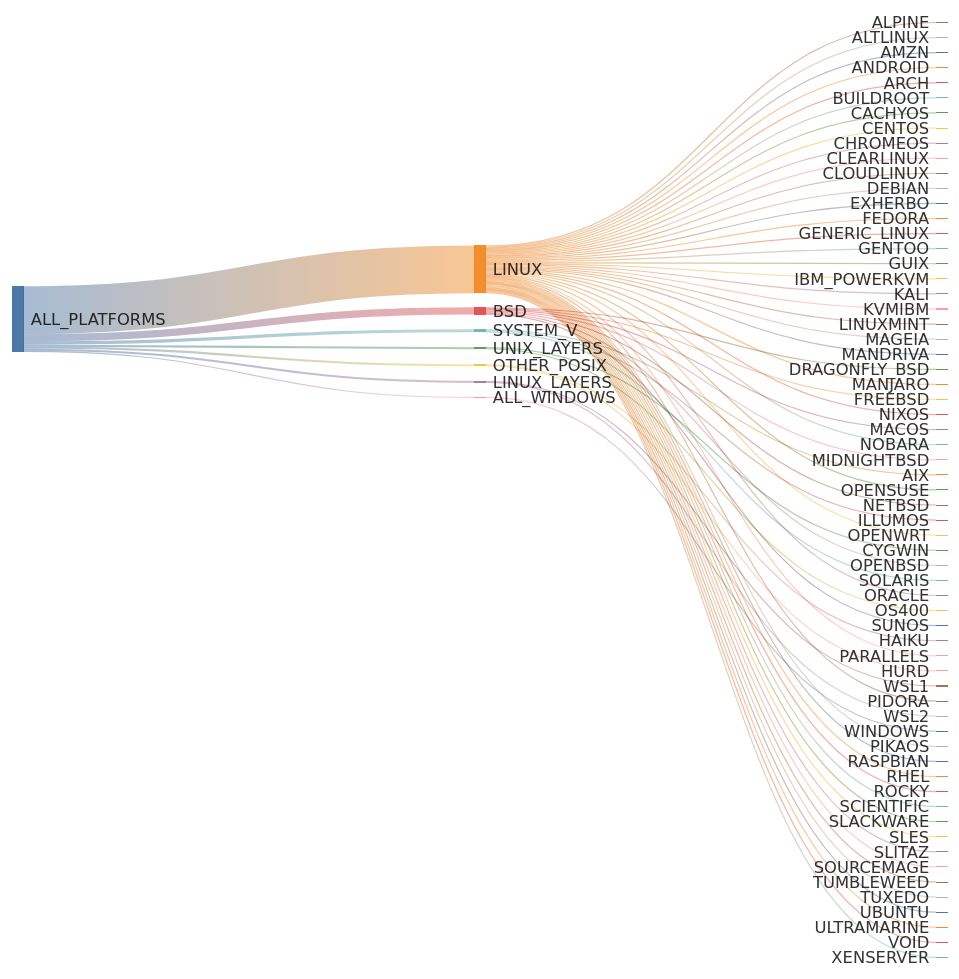
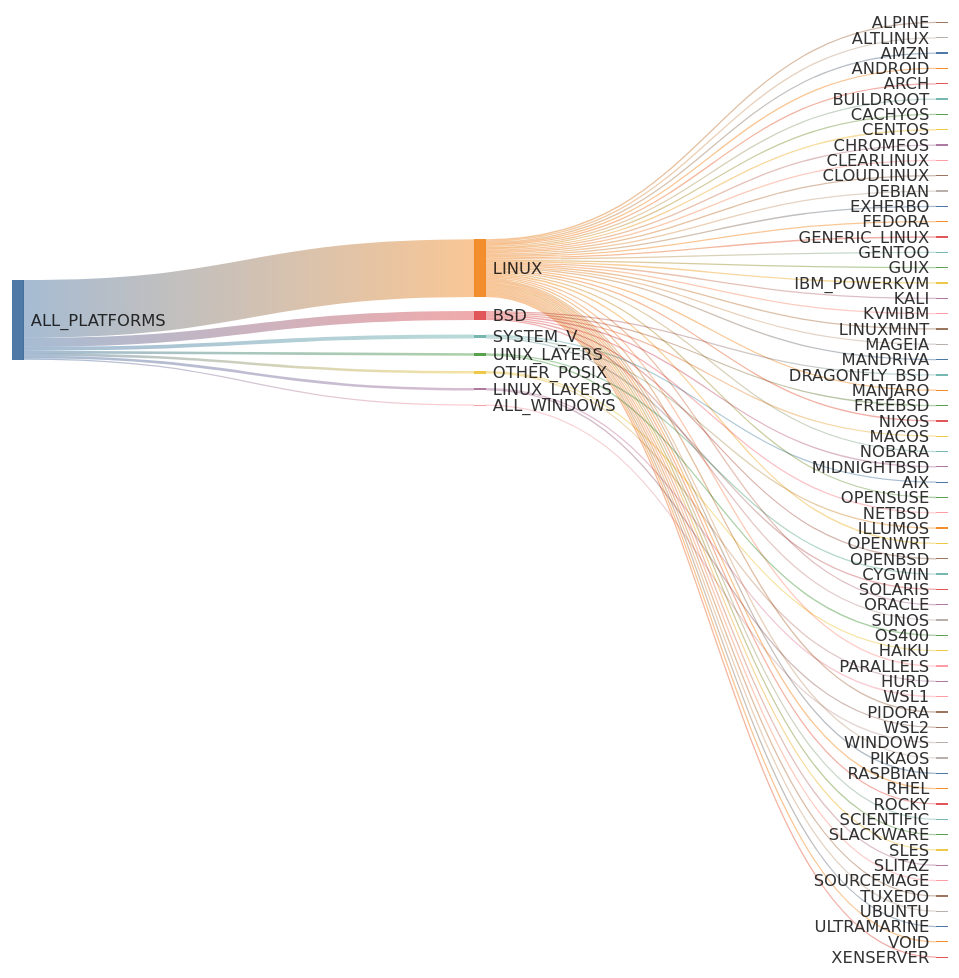
One commit to kdeldycke/extra-platforms changed the first of 2 diagrams in docs/platforms.md. Above: the diagram before and after it, drawn with Mermaid. The commit also changed other lines of this file and 17 other files, not shown here.

First line of the commit message:
Detect all openSUSE channels as `OPENSUSE`, remove `TUMBLEWEED`

````diff
--- a/docs/platforms.md
+++ b/docs/platforms.md
@@ -164,77 +165,76 @@
 ```mermaid
 ---
 config: {"sankey": {"showValues": false, "width": 800, "height": 800}}
 ---
 sankey-beta
 
-ALL_PLATFORMS,LINUX,46
+ALL_PLATFORMS,LINUX,45
 ALL_PLATFORMS,BSD,7
 ALL_PLATFORMS,SYSTEM_V,3
 ALL_PLATFORMS,UNIX_LAYERS,2
 ALL_PLATFORMS,OTHER_POSIX,2
 ALL_PLATFORMS,LINUX_LAYERS,2
 ALL_PLATFORMS,ALL_WINDOWS,1
 LINUX,ALPINE,1
 LINUX,ALTLINUX,1
 LINUX,AMZN,1
 LINUX,ANDROID,1
 LINUX,ARCH,1
 LINUX,BUILDROOT,1
 LINUX,CACHYOS,1
 LINUX,CENTOS,1
 LINUX,CHROMEOS,1
 LINUX,CLEARLINUX,1
 LINUX,CLOUDLINUX,1
 LINUX,DEBIAN,1
 LINUX,EXHERBO,1
 LINUX,FEDORA,1
 LINUX,GENERIC_LINUX,1
 LINUX,GENTOO,1
 LINUX,GUIX,1
 LINUX,IBM_POWERKVM,1
 LINUX,KALI,1
 LINUX,KVMIBM,1
 LINUX,LINUXMINT,1
 LINUX,MAGEIA,1
 LINUX,MANDRIVA,1
 LINUX,MANJARO,1
 LINUX,NIXOS,1
 LINUX,NOBARA,1
 LINUX,OPENSUSE,1
 LINUX,OPENWRT,1
 LINUX,ORACLE,1
 LINUX,PARALLELS,1
 LINUX,PIDORA,1
 LINUX,PIKAOS,1
 LINUX,RASPBIAN,1
 LINUX,RHEL,1
 LINUX,ROCKY,1
 LINUX,SCIENTIFIC,1
 LINUX,SLACKWARE,1
 LINUX,SLES,1
 LINUX,SLITAZ,1
 LINUX,SOURCEMAGE,1
-LINUX,TUMBLEWEED,1
 LINUX,TUXEDO,1
 LINUX,UBUNTU,1
 LINUX,ULTRAMARINE,1
 LINUX,VOID,1
 LINUX,XENSERVER,1
 BSD,DRAGONFLY_BSD,1
 BSD,FREEBSD,1
 BSD,MACOS,1
 BSD,MIDNIGHTBSD,1
 BSD,NETBSD,1
 BSD,OPENBSD,1
 BSD,SUNOS,1
 SYSTEM_V,AIX,1
 SYSTEM_V,ILLUMOS,1
 SYSTEM_V,SOLARIS,1
 UNIX_LAYERS,CYGWIN,1
 UNIX_LAYERS,OS400,1
 OTHER_POSIX,HAIKU,1
 OTHER_POSIX,HURD,1
 LINUX_LAYERS,WSL1,1
 LINUX_LAYERS,WSL2,1
 ALL_WINDOWS,WINDOWS,1
 ```
````
